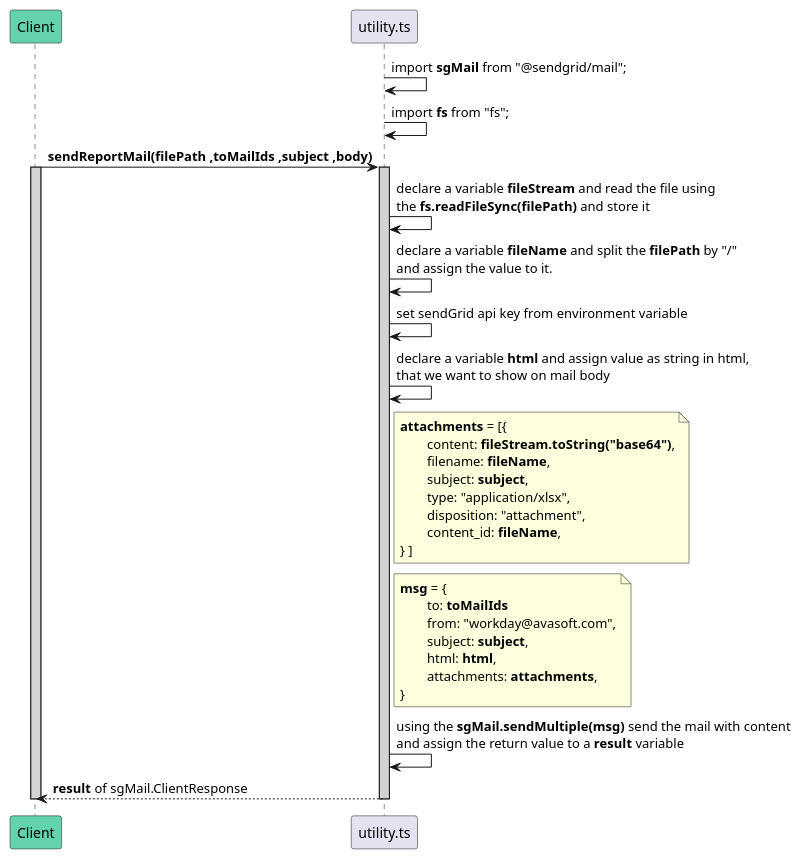
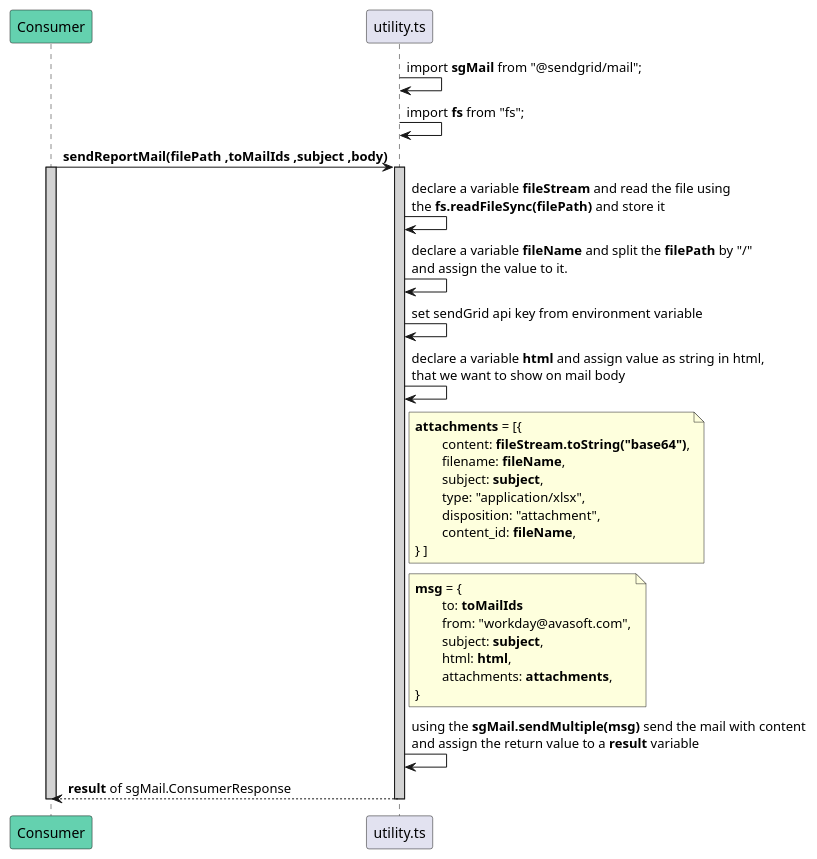
The diagram in backend/shared_services_design/send_report_mail.utility.helpers.report_service.puml (avasoft-mobility/workday-design), drawn with PlantUML before and after one commit. The commit also changed 25 other files, not shown here.

Commit message:
Add consumer instead of Client

```diff
--- a/backend/shared_services_design/send_report_mail.utility.helpers.report_service.puml
+++ b/backend/shared_services_design/send_report_mail.utility.helpers.report_service.puml
@@ -1,24 +1,24 @@
 @startuml sendReportMail method
-participant Client #64D1AF
+participant Consumer #64D1AF
 participant utility.ts
 
 utility.ts -> utility.ts : import **sgMail** from "@sendgrid/mail";
 utility.ts -> utility.ts : import **fs** from "fs";
 
-Client -> utility.ts : **sendReportMail(filePath ,toMailIds ,subject ,body)**
-activate Client #D3D3D3
+Consumer -> utility.ts : **sendReportMail(filePath ,toMailIds ,subject ,body)**
+activate Consumer #D3D3D3
 activate utility.ts #D3D3D3
     utility.ts -> utility.ts : declare a variable **fileStream** and read the file using \nthe **fs.readFileSync(filePath)** and store it 
     utility.ts -> utility.ts : declare a variable **fileName** and split the **filePath** by "/" \nand assign the value to it.
     utility.ts -> utility.ts : set sendGrid api key from environment variable
     
     utility.ts -> utility.ts : declare a variable **html** and assign value as string in html, \nthat we want to show on mail body
     note right of utility.ts : **attachments** = [{\n\tcontent: **fileStream.toString("base64")**,\n\tfilename: **fileName**,\n\tsubject: **subject**,\n\ttype: "application/xlsx",\n\tdisposition: "attachment",\n\tcontent_id: **fileName**,\n} ]
     note right of utility.ts : **msg** = {\n\tto: **toMailIds**\n\tfrom: "workday@avasoft.com",\n\tsubject: **subject**,\n\thtml: **html**,\n\tattachments: **attachments**,\n}
 
     utility.ts -> utility.ts : using the **sgMail.sendMultiple(msg)** send the mail with content \nand assign the return value to a **result** variable
-    Client <-- utility.ts : **result** of sgMail.ClientResponse
+    Consumer <-- utility.ts : **result** of sgMail.ConsumerResponse
 deactivate utility.ts
-deactivate Client
+deactivate Consumer
 
 @enduml
```
